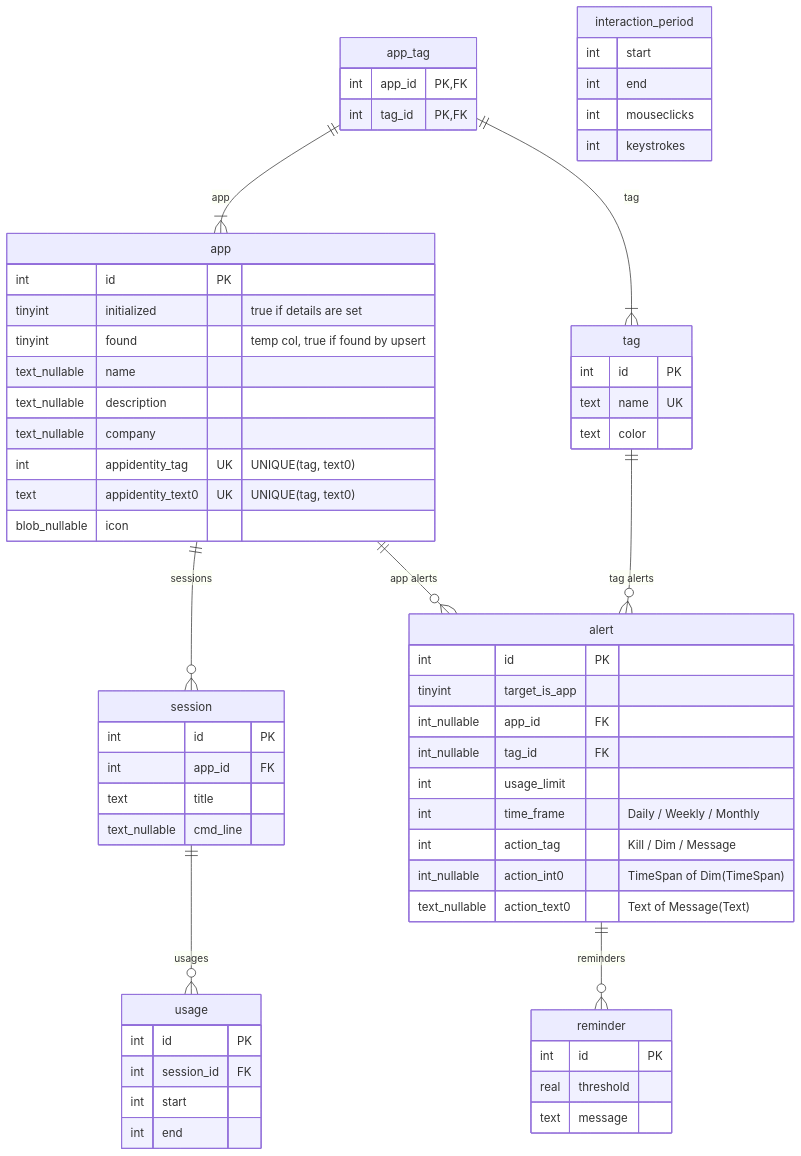
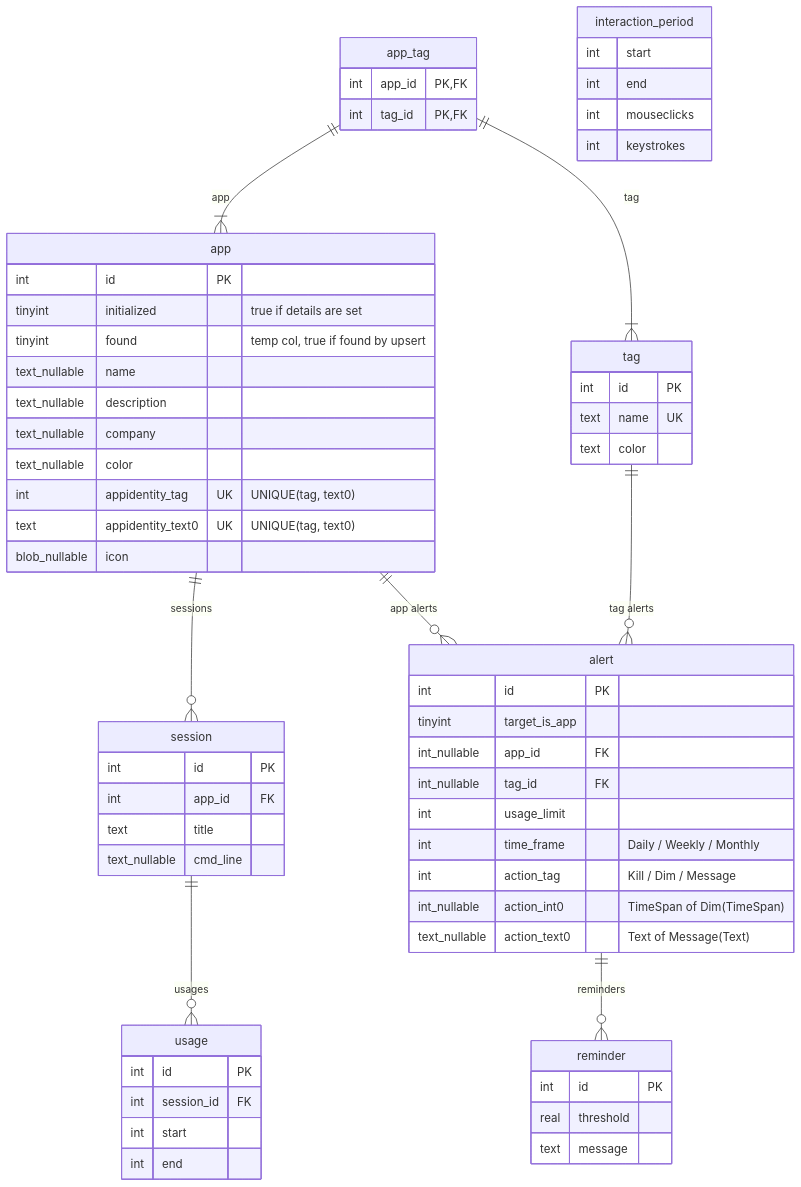
The diagram in ARCHITECTURE.md (Enigmatrix/Cobalt), drawn with Mermaid before and after one commit. The commit also changed 4 other files, not shown here.

````diff
--- a/ARCHITECTURE.md
+++ b/ARCHITECTURE.md
@@ -5,72 +5,73 @@
 ```mermaid
 erDiagram
     app {
         int             id PK
         tinyint         initialized "true if details are set"
         tinyint         found   "temp col, true if found by upsert"
         text_nullable   name
         text_nullable   description
         text_nullable   company
+        text_nullable   color
         int             appidentity_tag     UK "UNIQUE(tag, text0)"
         text            appidentity_text0   UK "UNIQUE(tag, text0)"
         blob_nullable   icon
     }
 
     tag {
         int             id PK
         text            name UK
         text            color
     }
 
     app_tag {
         int             app_id PK,FK
         int             tag_id PK,FK
     }
 
     session {
         int             id PK
         int             app_id FK
         text            title
         text_nullable   cmd_line
     }
 
     usage {
         int             id PK
         int             session_id FK
         int             start
         int             end
     }
 
     interaction_period {
         int             start
         int             end
         int             mouseclicks
         int             keystrokes
     }
 
     alert {
         int             id PK
         tinyint         target_is_app
         int_nullable    app_id FK
         int_nullable    tag_id FK
         int             usage_limit
         int             time_frame      "Daily / Weekly / Monthly"
         int             action_tag      "Kill / Dim / Message"
         int_nullable    action_int0     "TimeSpan of Dim(TimeSpan)"
         text_nullable   action_text0    "Text of Message(Text)"
     }
 
     reminder {
         int             id PK
         real            threshold
         text            message
     }
 
     app ||--o{ session : sessions
     session ||--o{ usage : usages
     app_tag ||--|{ app : app
     app_tag ||--|{ tag : tag
     app ||--o{ alert : "app alerts"
     tag ||--o{ alert : "tag alerts"
     alert ||--o{ reminder : reminders
 ```
````
